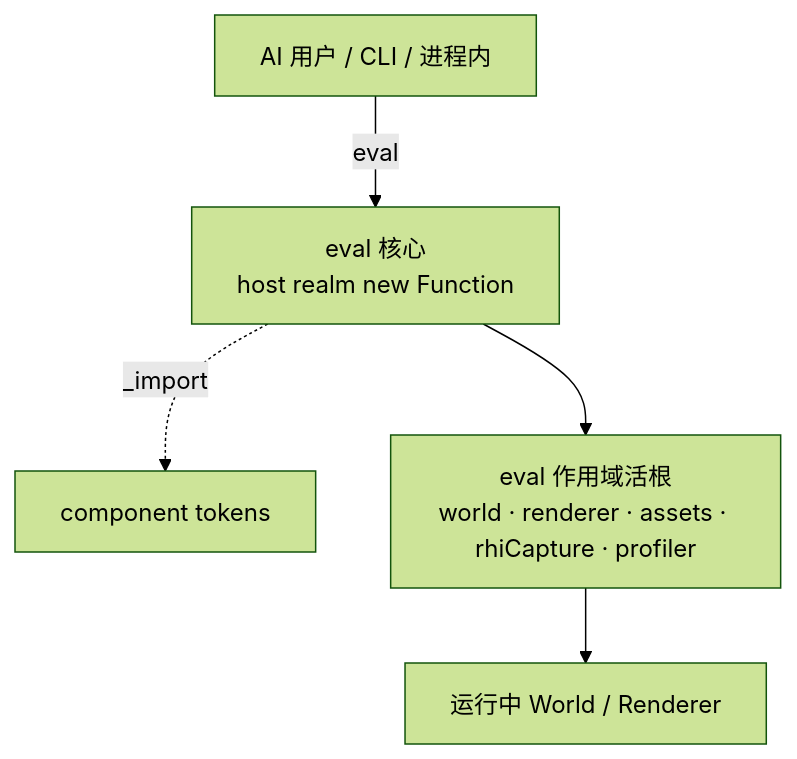
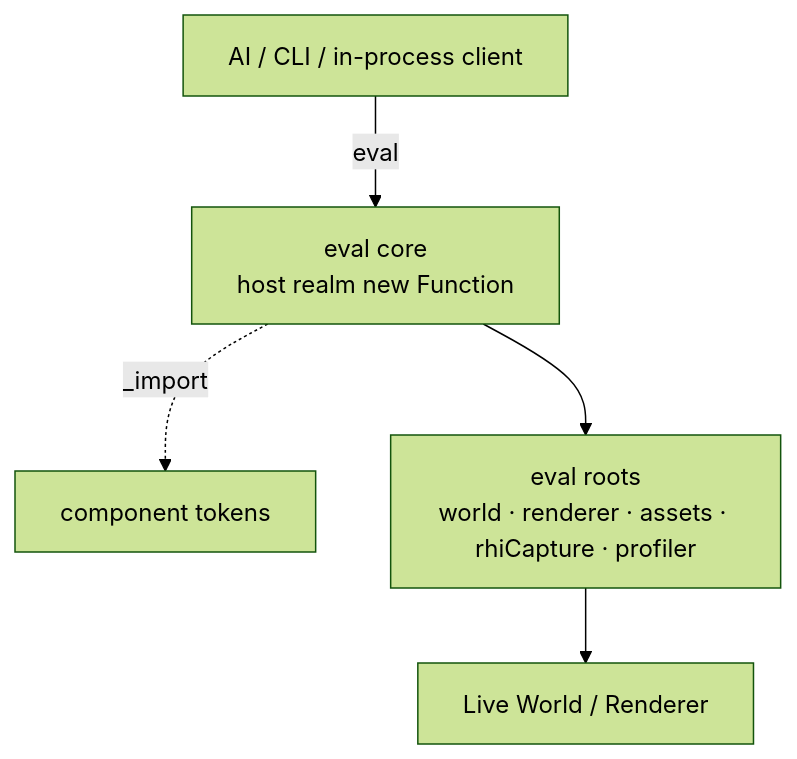
The first of 2 diagrams in packages/engine/skills/forgeax-engine-cli/SKILL.md (ForgeaX-Games/forgeax-editor), drawn with Mermaid (forest theme) before and after one commit. The commit also changed other lines of this file and 7023 other files, not shown here.

````diff
--- a/packages/engine/skills/forgeax-engine-cli/SKILL.md
+++ b/packages/engine/skills/forgeax-engine-cli/SKILL.md
@@ -203,7 +308,7 @@
 ```mermaid
 flowchart TD
-    A[AI 用户 / CLI / 进程内] -->|eval| E[eval 核心<br/>host realm new Function]
+    A["AI / CLI / in-process client"] -->|eval| E["eval core<br/>host realm new Function"]
     E -.->|_import| ECS["component tokens"]
-    E --> R["eval 作用域活根<br/>world · renderer · assets · rhiCapture · profiler"]
-    R --> W[运行中 World / Renderer]
+    E --> R["eval roots<br/>world · renderer · assets · rhiCapture · profiler"]
+    R --> W["Live World / Renderer"]
 ```
````
